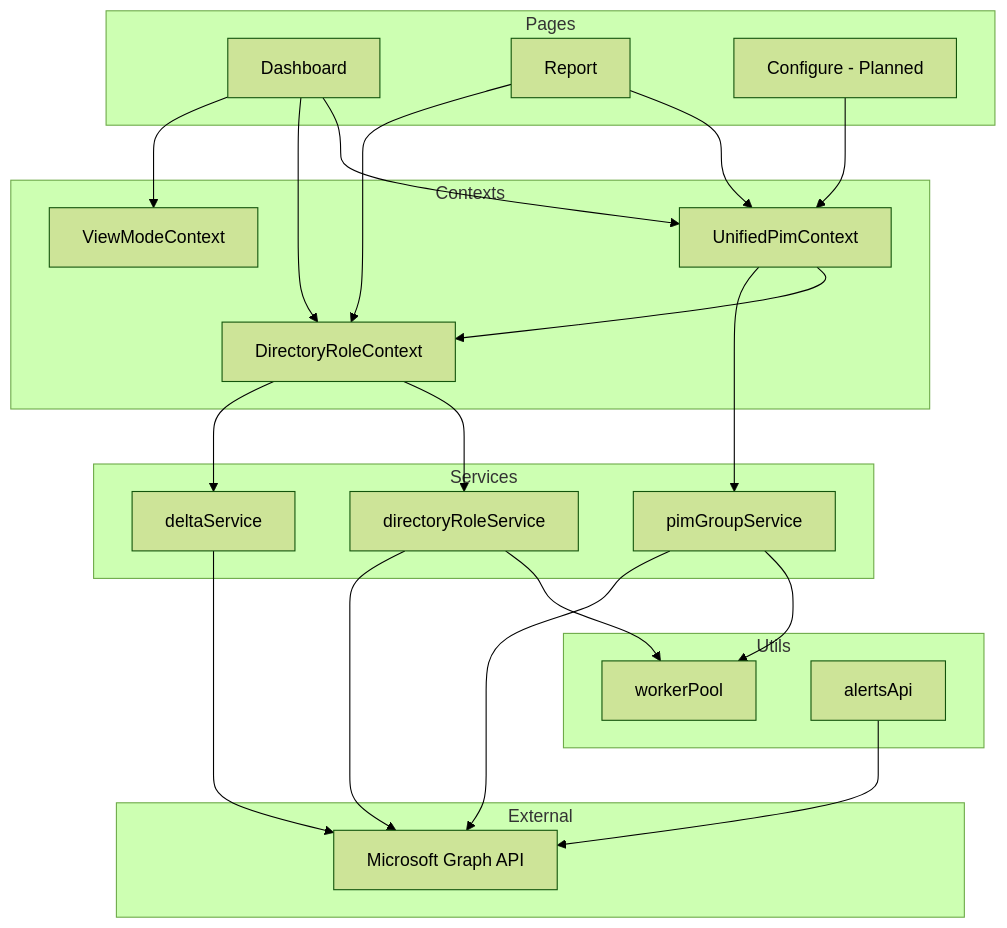
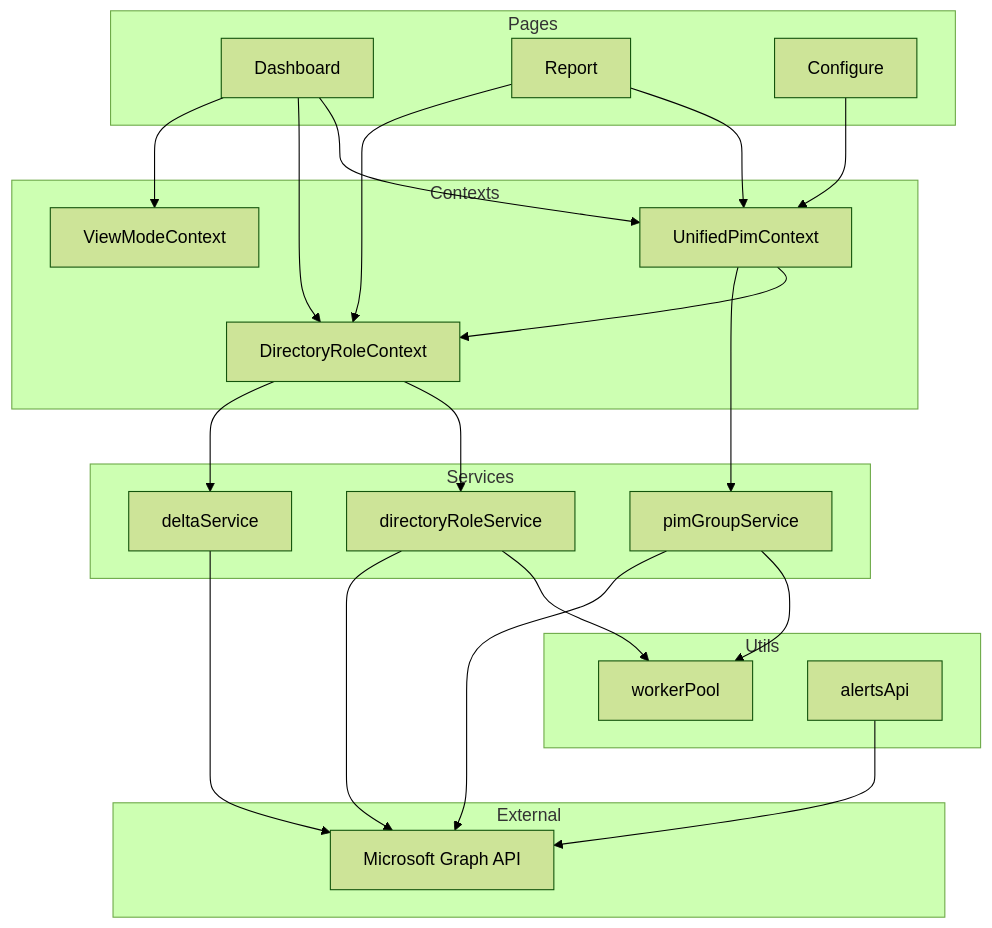
The diagram in docs/en/02-folder-structure.md (0125joel/PIM-Manager), drawn with Mermaid (forest theme) before and after one commit. The commit also changed other lines of this file and 158 other files, not shown here.

````diff
--- a/docs/en/02-folder-structure.md
+++ b/docs/en/02-folder-structure.md
@@ -223,46 +223,46 @@
 ```mermaid
 flowchart TD
     subgraph "Pages"
         A[Dashboard]
         B[Report]
-        C[Configure - Planned]
+        C[Configure]
     end
 
     subgraph "Contexts"
         D[UnifiedPimContext]
         E[DirectoryRoleContext]
         F[ViewModeContext]
     end
 
     subgraph "Services"
         G[directoryRoleService]
         H[pimGroupService]
         I[deltaService]
     end
 
     subgraph "Utils"
         J[workerPool]
         K[alertsApi]
     end
 
     subgraph "External"
         L[Microsoft Graph API]
     end
 
     A --> D
     A --> E
     A --> F
     B --> D
     B --> E
     C --> D
     D --> E
     D --> H
     E --> G
     E --> I
     G --> J
     G --> L
     H --> J
     H --> L
     I --> L
     K --> L
 ```
````
